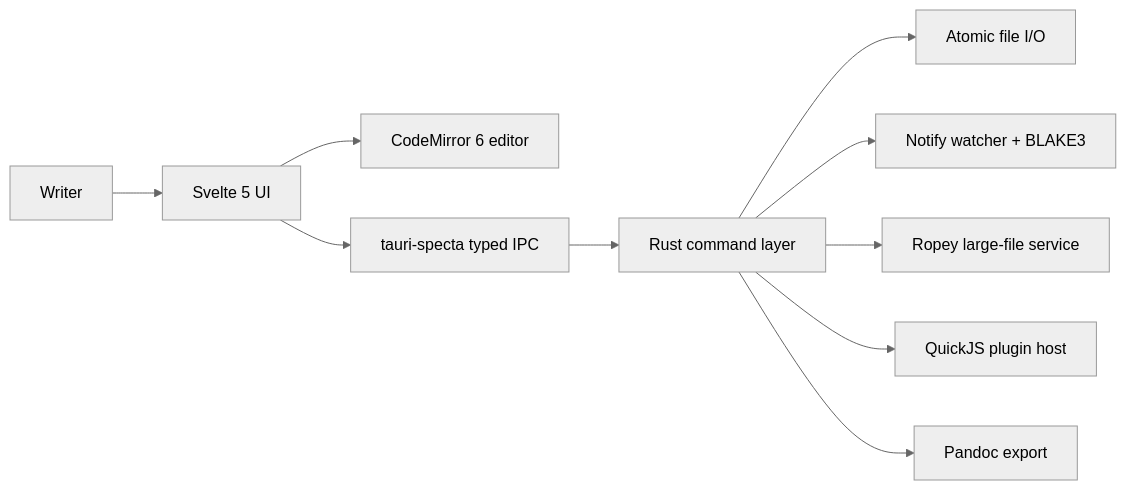
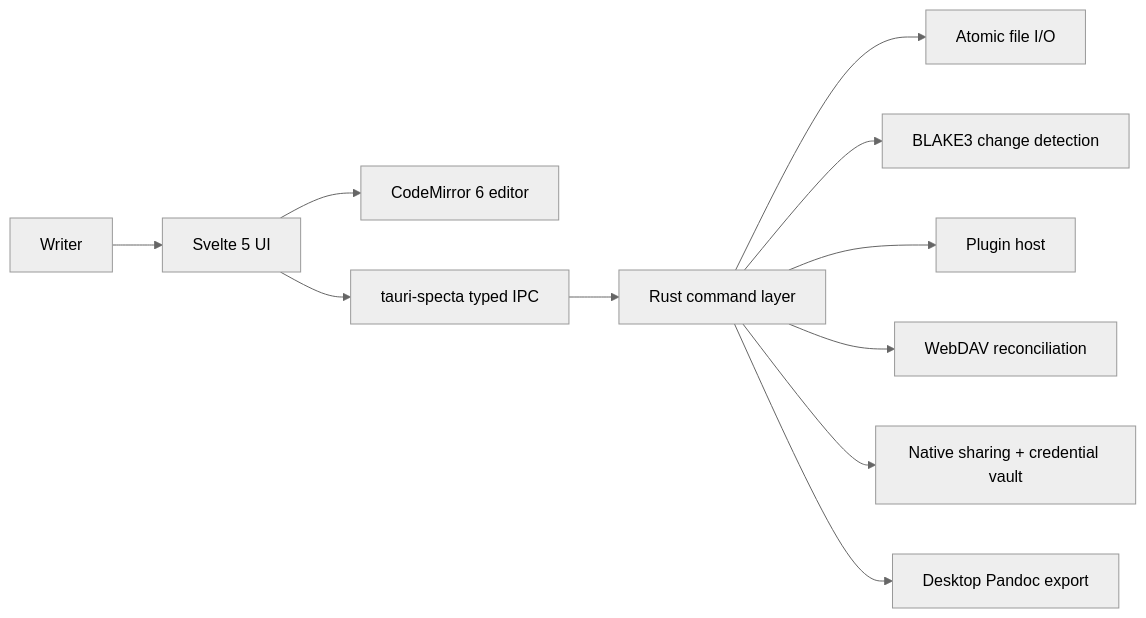
The diagram in ARCHITECTURE.md (Saber-AI-Research/Novelist), drawn with Mermaid (neutral theme) before and after one commit. The commit also changed 11 other files, not shown here.

Commit message:
test(ios): verify real UI, filesystem and Keychain cloud flows

````diff
--- a/ARCHITECTURE.md
+++ b/ARCHITECTURE.md
@@ -28,12 +28,13 @@
 ```mermaid
 flowchart LR
   User["Writer"] --> WebView["Svelte 5 UI"]
   WebView --> Editor["CodeMirror 6 editor"]
   WebView --> IPC["tauri-specta typed IPC"]
   IPC --> Rust["Rust command layer"]
   Rust --> Files["Atomic file I/O"]
-  Rust --> Watcher["Notify watcher + BLAKE3"]
-  Rust --> Rope["Ropey large-file service"]
-  Rust --> Plugins["QuickJS plugin host"]
-  Rust --> Export["Pandoc export"]
+  Rust --> Watcher["BLAKE3 change detection"]
+  Rust --> Plugins["Plugin host"]
+  Rust --> Sync["WebDAV reconciliation"]
+  Rust --> Native["Native sharing + credential vault"]
+  Rust --> Export["Desktop Pandoc export"]
 ```
````
